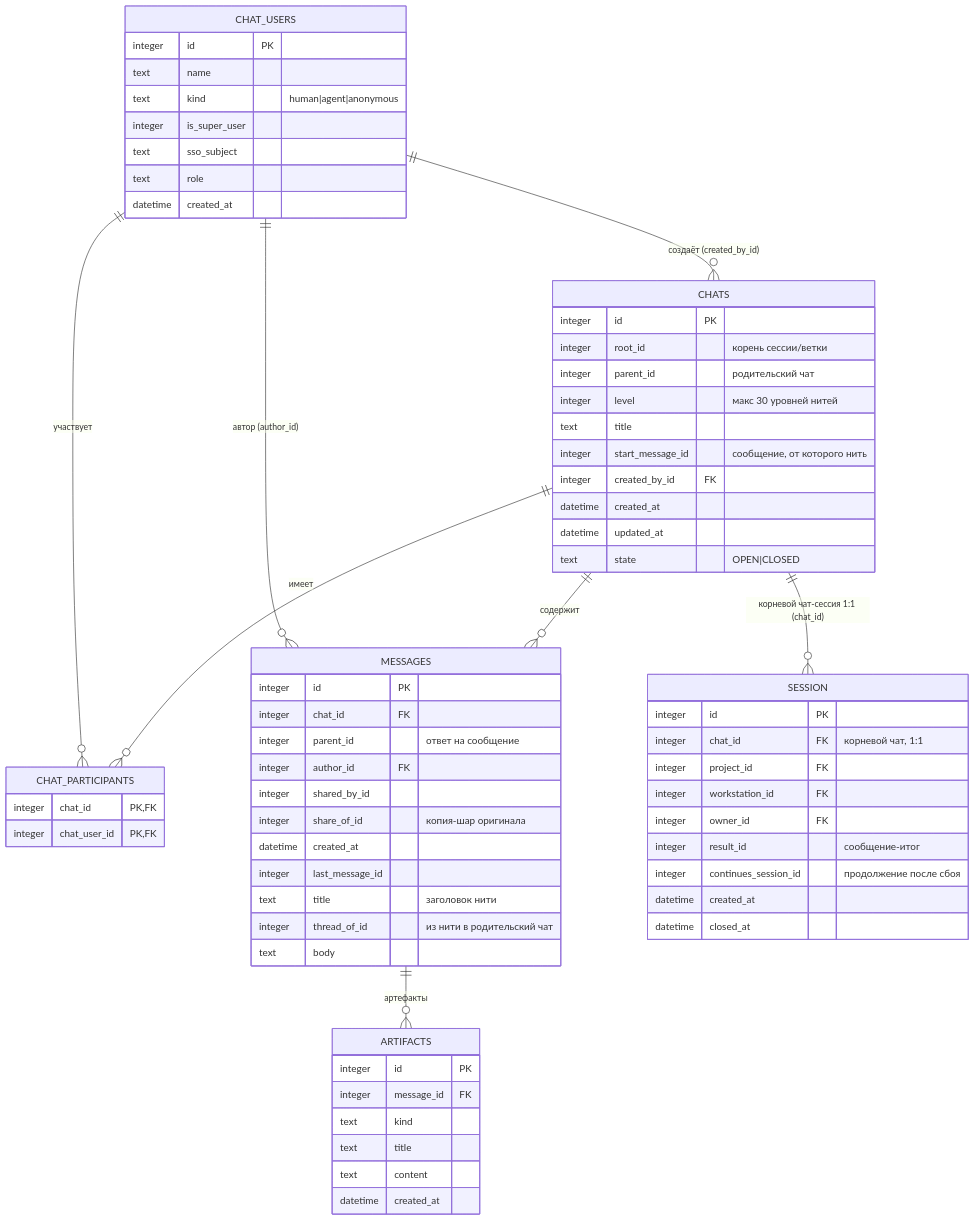
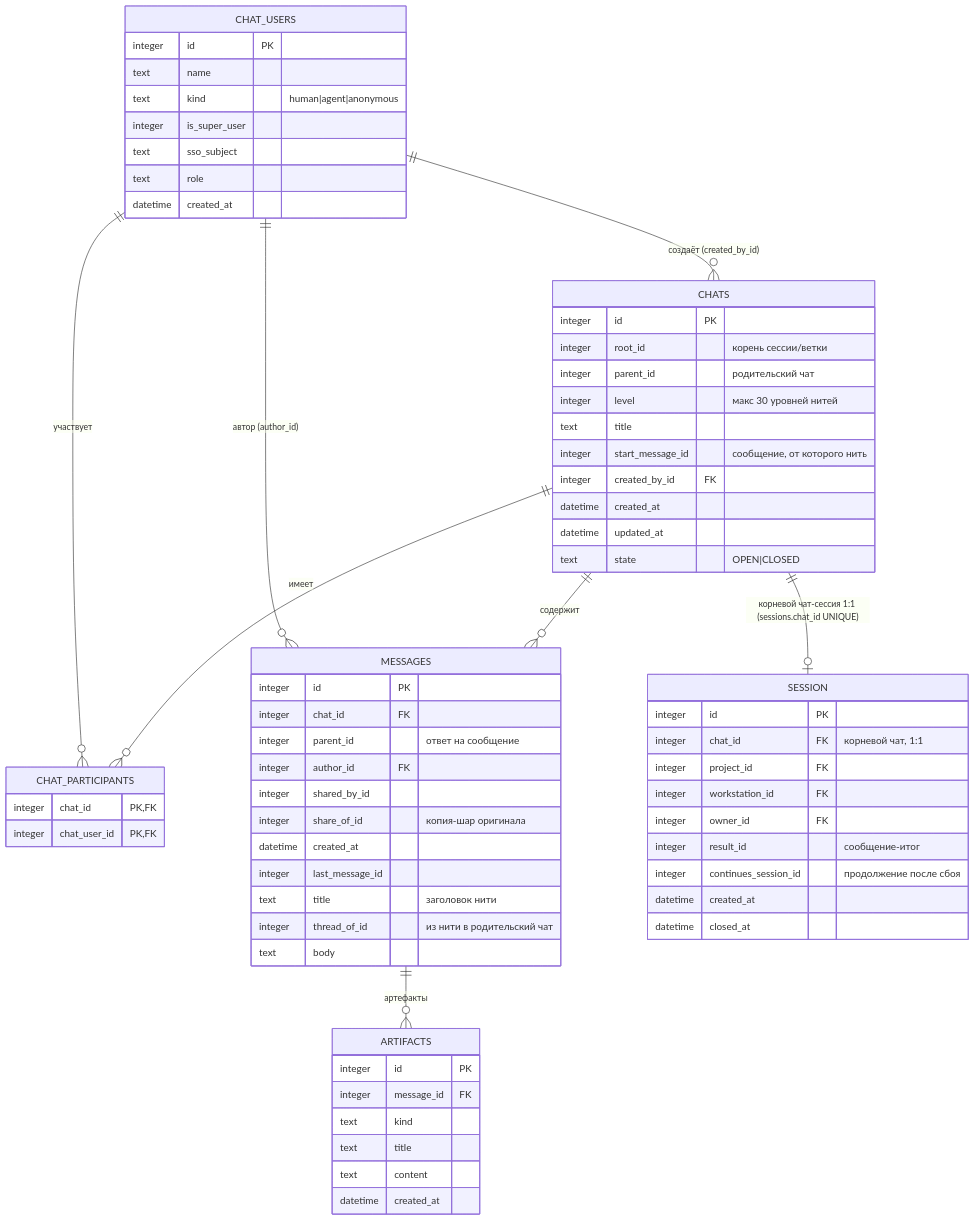
One commit to Andrey-Omelyanuk/aga changed the second of 3 diagrams in er-diagram.md. Above: the diagram before and after it, drawn with Mermaid. The commit also changed other lines of this file and 13 other files, not shown here.

````diff
--- a/er-diagram.md
+++ b/er-diagram.md
@@ -113,73 +115,73 @@
 ```mermaid
 erDiagram
     CHAT_USERS ||--o{ CHATS : "создаёт (created_by_id)"
     CHAT_USERS ||--o{ CHAT_PARTICIPANTS : "участвует"
     CHATS ||--o{ CHAT_PARTICIPANTS : "имеет"
     CHAT_USERS ||--o{ MESSAGES : "автор (author_id)"
     CHATS ||--o{ MESSAGES : "содержит"
     MESSAGES ||--o{ ARTIFACTS : "артефакты"
-    CHATS ||--o{ SESSION : "корневой чат-сессия 1:1 (chat_id)"
+    CHATS ||--o| SESSION : "корневой чат-сессия 1:1 (sessions.chat_id UNIQUE)"
 
     CHAT_USERS {
         integer id PK
         text name
         text kind "human|agent|anonymous"
         integer is_super_user
         text sso_subject
         text role
         datetime created_at
     }
 
     SESSION {
         integer id PK
         integer chat_id FK "корневой чат, 1:1"
         integer project_id FK
         integer workstation_id FK
         integer owner_id FK
         integer result_id "сообщение-итог"
         integer continues_session_id "продолжение после сбоя"
         datetime created_at
         datetime closed_at
     }
 
     CHATS {
         integer id PK
         integer root_id "корень сессии/ветки"
         integer parent_id "родительский чат"
         integer level "макс 30 уровней нитей"
         text title
         integer start_message_id "сообщение, от которого нить"
         integer created_by_id FK
         datetime created_at
         datetime updated_at
         text state "OPEN|CLOSED"
     }
 
     CHAT_PARTICIPANTS {
         integer chat_id PK, FK
         integer chat_user_id PK, FK
     }
 
     MESSAGES {
         integer id PK
         integer chat_id FK
         integer parent_id "ответ на сообщение"
         integer author_id FK
         integer shared_by_id
         integer share_of_id "копия-шар оригинала"
         datetime created_at
         integer last_message_id
         text title "заголовок нити"
         integer thread_of_id "из нити в родительский чат"
         text body
     }
 
     ARTIFACTS {
         integer id PK
         integer message_id FK
         text kind
         text title
         text content
         datetime created_at
     }
 ```
````
